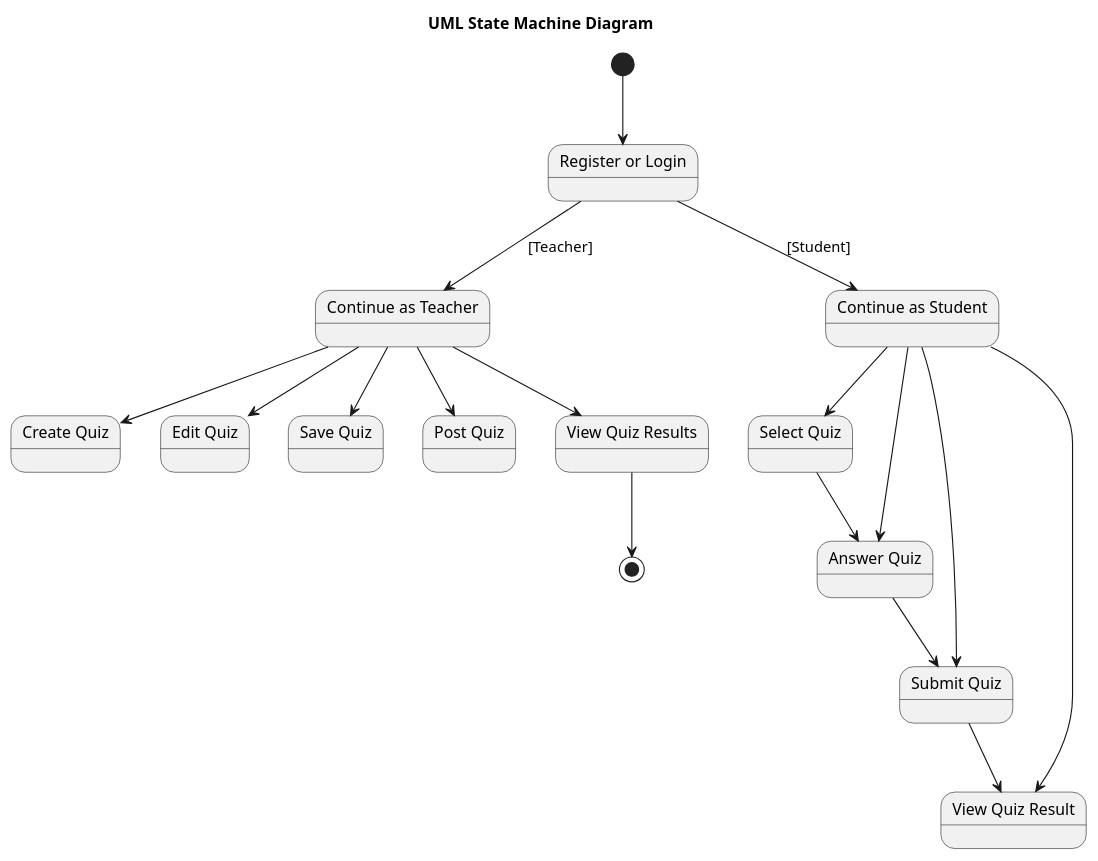
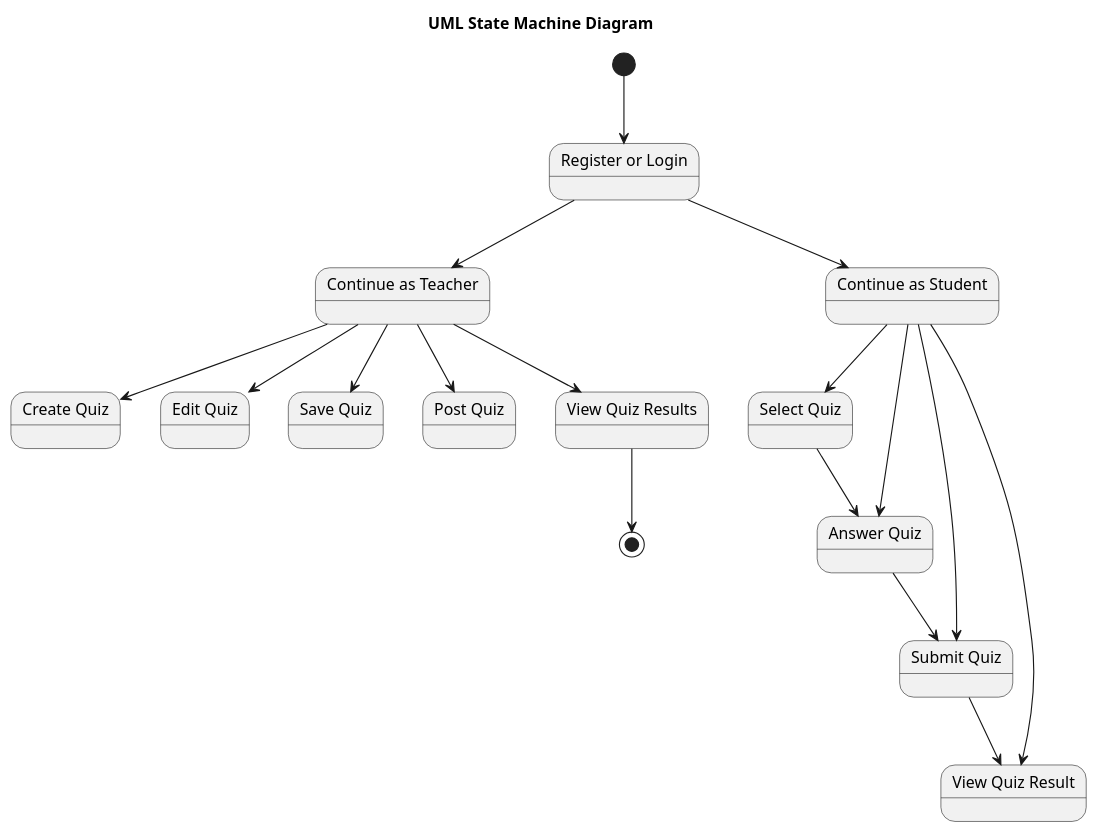
One commit to maimunafaria/State_transition_Diagram_generated_by_LLM changed the diagram in results/plantuml_pipeline/runs/open_source__qwen25_7b_instruct__rag_validation_generator_critic_repair/case_37_online_quiz_system/run_01.repair_01.puml. Above: the diagram before and after it, drawn with PlantUML. The commit also changed 371 other files, not shown here.

```diff
--- a/results/plantuml_pipeline/runs/open_source__qwen25_7b_instruct__rag_validation_generator_critic_repair/case_37_online_quiz_system/run_01.repair_01.puml
+++ b/results/plantuml_pipeline/runs/open_source__qwen25_7b_instruct__rag_validation_generator_critic_repair/case_37_online_quiz_system/run_01.repair_01.puml
@@ -1,41 +1,41 @@
 @startuml
 title UML State Machine Diagram
 
 state "Register or Login" as RegisterLogin
 state "Continue as Teacher" as ContinueTeacher
 state "Continue as Student" as ContinueStudent
 state "Create Quiz" as CreateQuiz
 state "Edit Quiz" as EditQuiz
 state "Save Quiz" as SaveQuiz
 state "Post Quiz" as PostQuiz
 state "View Quiz Results" as ViewResults
 state "Select Quiz" as SelectQuiz
 state "Answer Quiz" as AnswerQuiz
 state "Submit Quiz" as SubmitQuiz
 state "View Quiz Result" as ViewResult
 
 [*] --> RegisterLogin
 
-RegisterLogin --> ContinueTeacher : [Teacher]
-RegisterLogin --> ContinueStudent : [Student]
+RegisterLogin --> ContinueTeacher
+RegisterLogin --> ContinueStudent
 
 ContinueTeacher --> CreateQuiz
 ContinueTeacher --> EditQuiz
 ContinueTeacher --> SaveQuiz
 ContinueTeacher --> PostQuiz
 ContinueTeacher --> ViewResults
 
 ContinueStudent --> SelectQuiz
 ContinueStudent --> AnswerQuiz
 ContinueStudent --> SubmitQuiz
 ContinueStudent --> ViewResult
 
 SelectQuiz --> AnswerQuiz
 
 AnswerQuiz --> SubmitQuiz
 
 SubmitQuiz --> ViewResult
 
 ViewResults --> [*]
 
 @enduml
```
